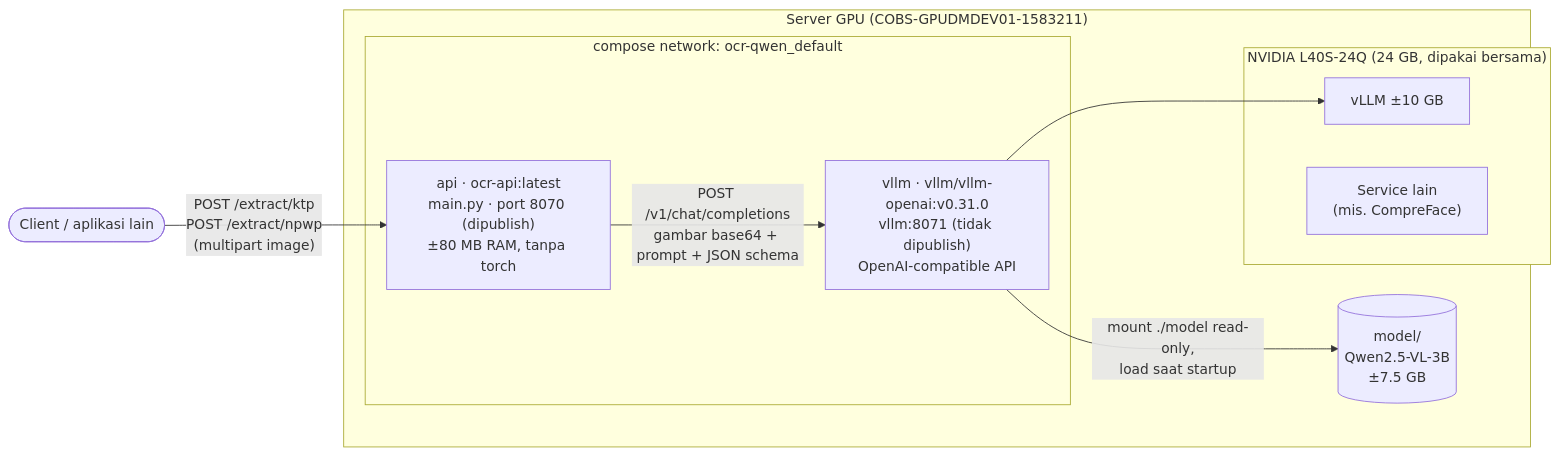
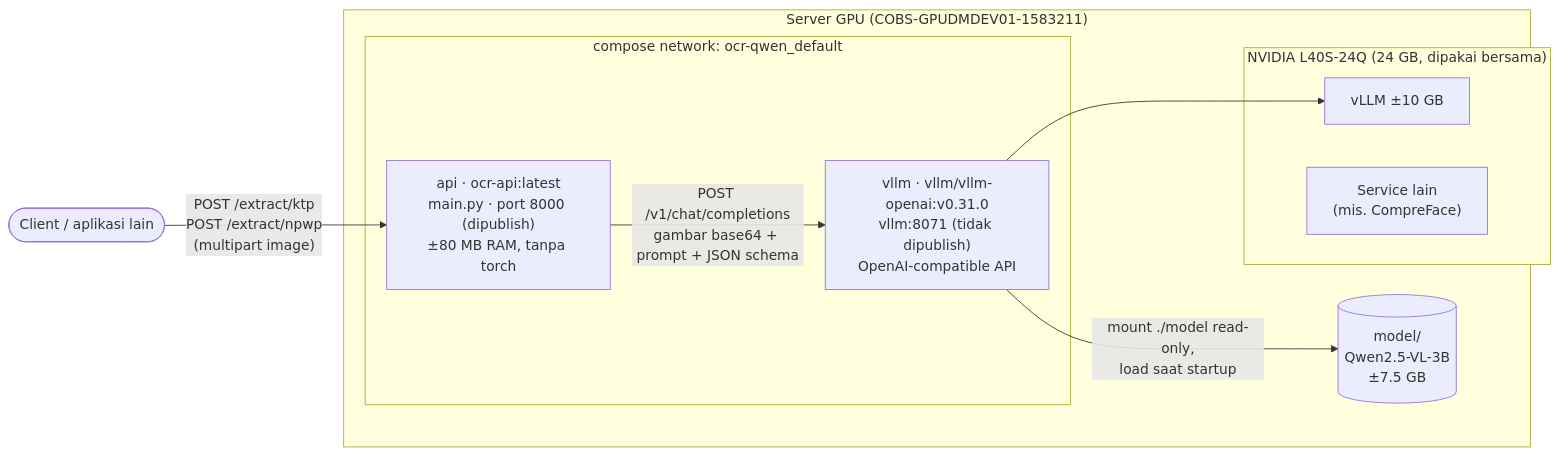
One commit to sivi-shahab/OCR-KTP-NPWP changed the first of 3 diagrams in README.md. Above: the diagram before and after it, drawn with Mermaid. The commit also changed other lines of this file and 4 other files, not shown here.

First line of the commit message:
Move OCR API from port 8070 to 8000

````diff
--- a/README.md
+++ b/README.md
@@ -55,23 +55,23 @@
 ```mermaid
 flowchart LR
     client(["Client / aplikasi lain"])
 
     subgraph host["Server GPU (COBS-GPUDMDEV01-1583211)"]
         subgraph net["compose network: ocr-qwen_default"]
-            api["api · ocr-api:latest<br/>main.py · port 8070 (dipublish)<br/>±80 MB RAM, tanpa torch"]
+            api["api · ocr-api:latest<br/>main.py · port 8000 (dipublish)<br/>±80 MB RAM, tanpa torch"]
             engine["vllm · vllm/vllm-openai:v0.31.0<br/>vllm:8071 (tidak dipublish)<br/>OpenAI-compatible API"]
         end
 
         weights[("model/<br/>Qwen2.5-VL-3B<br/>±7.5 GB")]
 
         subgraph gpu["NVIDIA L40S-24Q (24 GB, dipakai bersama)"]
             vram["vLLM ±10 GB"]
             other["Service lain<br/>(mis. CompreFace)"]
         end
     end
 
     client -- "POST /extract/ktp<br/>POST /extract/npwp<br/>(multipart image)" --> api
     api -- "POST /v1/chat/completions<br/>gambar base64 + prompt + JSON schema" --> engine
     engine -- "mount ./model read-only,<br/>load saat startup" --> weights
     engine --> vram
 ```
````
